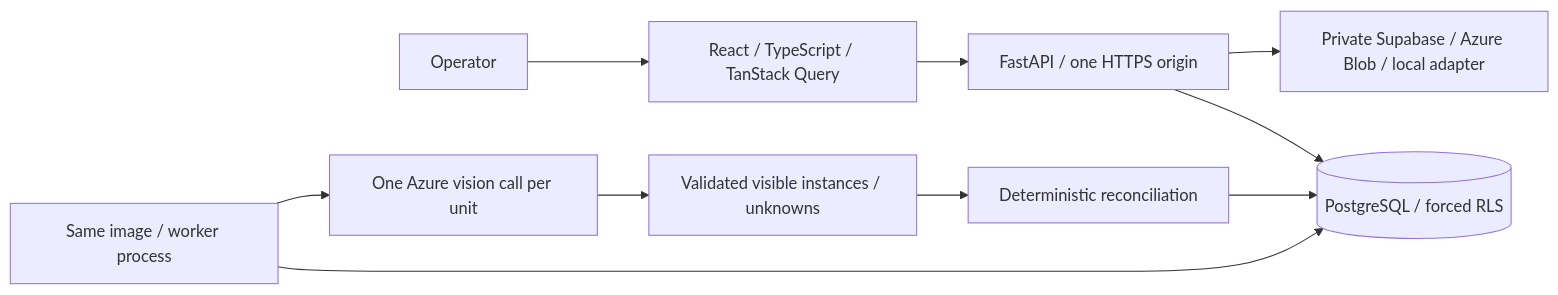
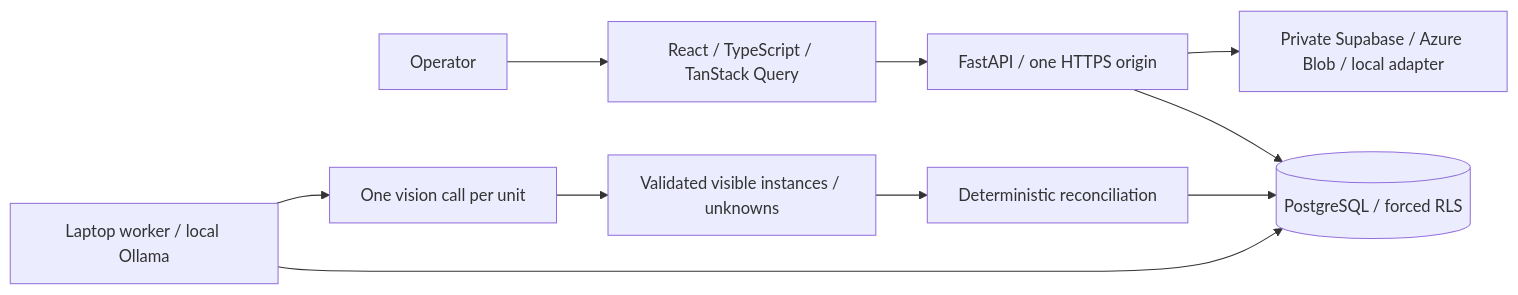
Before and after one commit to ganapathyshree007/cube-03-pack-manager: the diagram in ARCHITECTURE.md, drawn with Mermaid. The commit also changed other lines of this file and 22 other files, not shown here.

Commit message:
Add local vision inspection adapter and Supabase authentication

````diff
--- a/ARCHITECTURE.md
+++ b/ARCHITECTURE.md
@@ -5,12 +5,12 @@
 ```mermaid
 flowchart LR
  Operator --> UI[React / TypeScript / TanStack Query]
  UI --> API[FastAPI / one HTTPS origin]
  API --> DB[(PostgreSQL / forced RLS)]
  API --> Storage[Private Supabase / Azure Blob / local adapter]
- Worker[Same image / worker process] --> DB
- Worker --> VLM[One Azure vision call per unit]
+ Worker[Laptop worker / local Ollama] --> DB
+ Worker --> VLM[One vision call per unit]
  VLM --> Observations[Validated visible instances / unknowns]
  Observations --> Rules[Deterministic reconciliation]
  Rules --> DB
 ```
````
